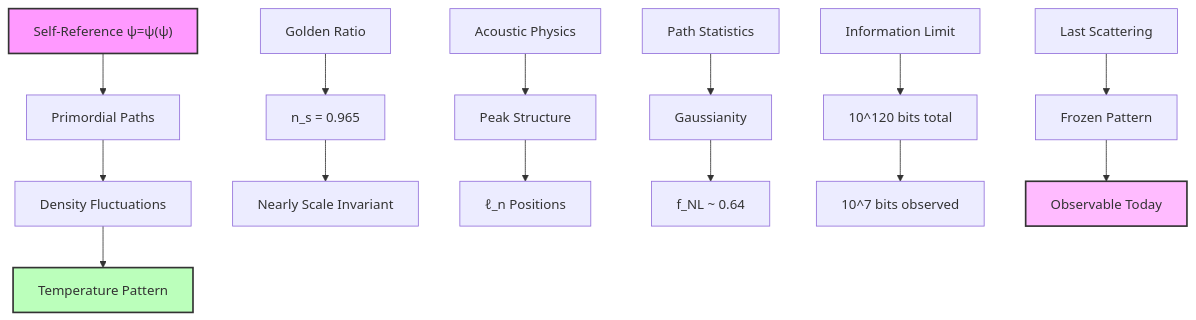
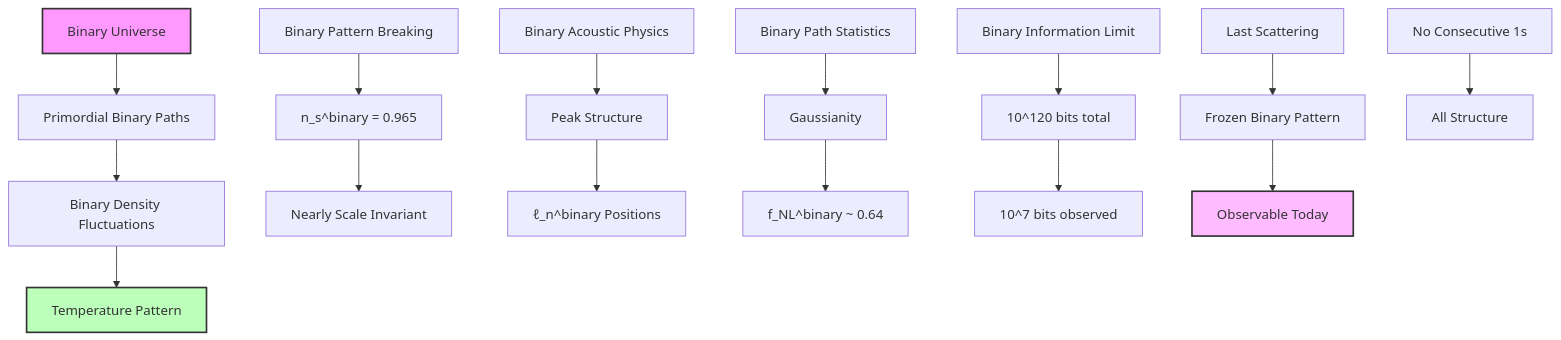
Before and after one commit to loning/the-phys: the second of 2 diagrams in docs/psi-constants/part-04-collapse-cosmology/chapter-061-collapse-paths-cmb-anisotropy-constants.md, drawn with Mermaid. The commit also changed other lines of this file and 1 other file, not shown here.

````diff
--- a/docs/psi-constants/part-04-collapse-cosmology/chapter-061-collapse-paths-cmb-anisotropy-constants.md
+++ b/docs/psi-constants/part-04-collapse-cosmology/chapter-061-collapse-paths-cmb-anisotropy-constants.md
@@ -397,25 +413,27 @@
 ```mermaid
 graph TD
-    A["Self-Reference ψ=ψ(ψ)"] --> B["Primordial Paths"]
-    B --> C["Density Fluctuations"]
+    A["Binary Universe"] --> B["Primordial Binary Paths"]
+    B --> C["Binary Density Fluctuations"]
     C --> D["Temperature Pattern"]
     
-    E["Golden Ratio"] --> F["n_s = 0.965"]
+    E["Binary Pattern Breaking"] --> F["n_s^binary = 0.965"]
     F --> G["Nearly Scale Invariant"]
     
-    H["Acoustic Physics"] --> I["Peak Structure"]
-    I --> J["ℓ_n Positions"]
+    H["Binary Acoustic Physics"] --> I["Peak Structure"]
+    I --> J["ℓ_n^binary Positions"]
     
-    K["Path Statistics"] --> L["Gaussianity"]
-    L --> M["f_NL ~ 0.64"]
+    K["Binary Path Statistics"] --> L["Gaussianity"]
+    L --> M["f_NL^binary ~ 0.64"]
     
-    N["Information Limit"] --> O["10^120 bits total"]
+    N["Binary Information Limit"] --> O["10^120 bits total"]
     O --> P["10^7 bits observed"]
     
-    Q["Last Scattering"] --> R["Frozen Pattern"]
+    Q["Last Scattering"] --> R["Frozen Binary Pattern"]
     R --> S["Observable Today"]
+    
+    T["No Consecutive 1s"] --> U["All Structure"]
     
     style A fill:#f9f,stroke:#333,stroke-width:2px
     style D fill:#bfb,stroke:#333,stroke-width:2px
     style S fill:#fbf,stroke:#333,stroke-width:2px
 ```
````
